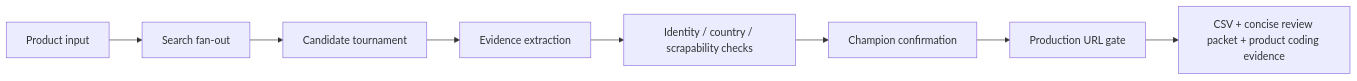
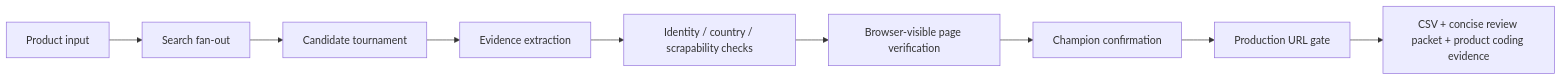
One commit to Akilankm/web_search_tool changed the second of 2 diagrams in docs/README.md. Above: the diagram before and after it, drawn with Mermaid. The commit also changed other lines of this file, not shown here.

Commit message:
Index browser-visible product gate documentation

````diff
--- a/docs/README.md
+++ b/docs/README.md
@@ -48,10 +50,11 @@
 ```mermaid
 flowchart LR
     A[Product input] --> B[Search fan-out]
     B --> C[Candidate tournament]
     C --> D[Evidence extraction]
     D --> E[Identity / country / scrapability checks]
-    E --> F[Champion confirmation]
+    E --> V[Browser-visible page verification]
+    V --> F[Champion confirmation]
     F --> G[Production URL gate]
     G --> H[CSV + concise review packet + product coding evidence]
 ```
````
